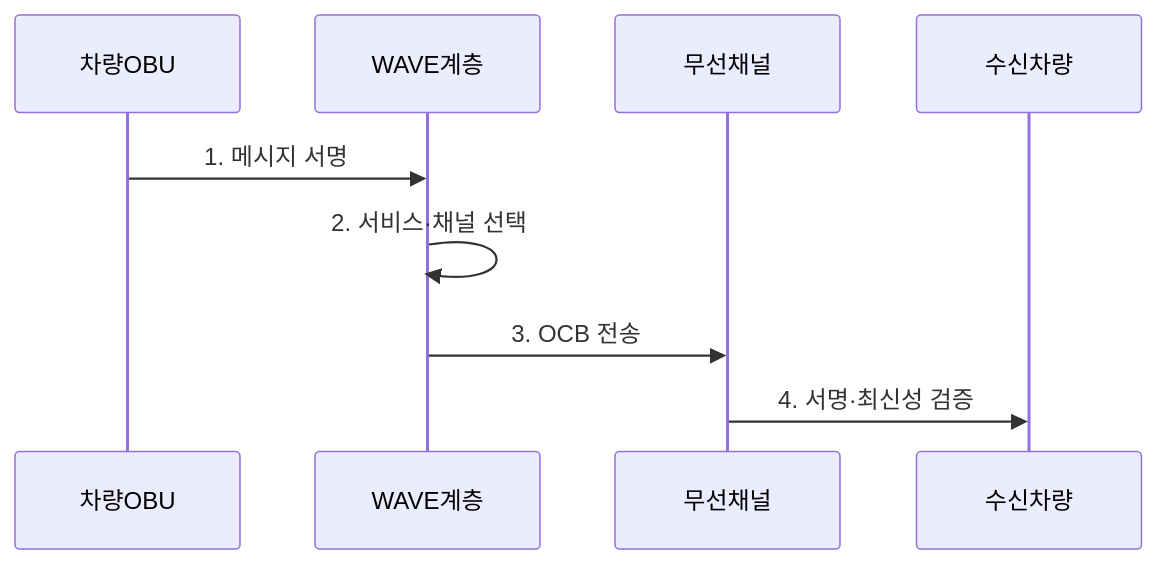
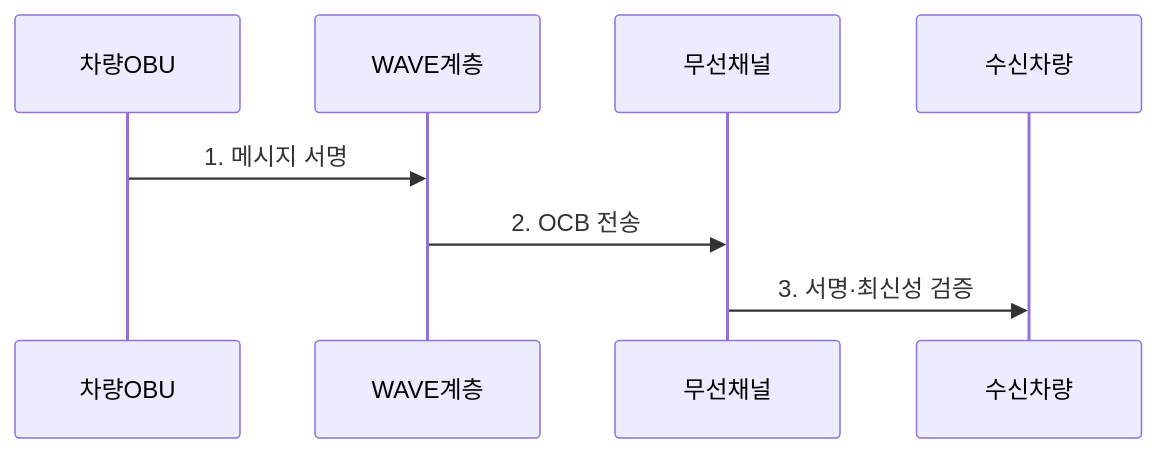
Before and after one commit to agnusdei1207/knowledge-base: the second of 2 diagrams in src/content/docs/notes/04-network/051_ieee_802_11p_wave.md, drawn with Mermaid. The commit also changed other lines of this file and 122 other files, not shown here.

````diff
--- a/src/content/docs/notes/04-network/051_ieee_802_11p_wave.md
+++ b/src/content/docs/notes/04-network/051_ieee_802_11p_wave.md
@@ -81,11 +81,10 @@
 ```mermaid
 sequenceDiagram
     participant 차량OBU
     participant WAVE계층
     participant 무선채널
     participant 수신차량
     차량OBU->>WAVE계층: 1. 메시지 서명
-    WAVE계층->>WAVE계층: 2. 서비스·채널 선택
-    WAVE계층->>무선채널: 3. OCB 전송
-    무선채널->>수신차량: 4. 서명·최신성 검증
+    WAVE계층->>무선채널: 2. OCB 전송
+    무선채널->>수신차량: 3. 서명·최신성 검증
 ```
````
